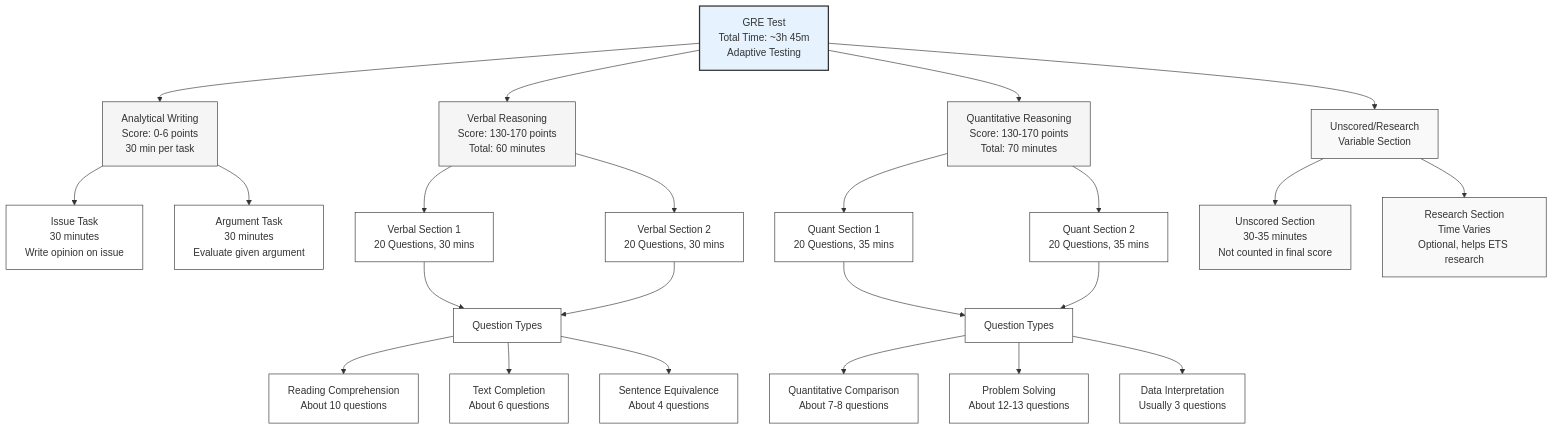
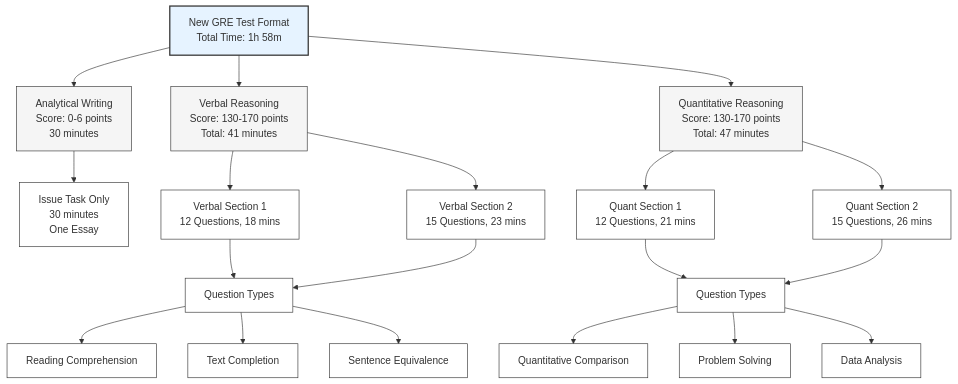
The first of 2 diagrams in README.md (Mukhsin0508/gre-prepping), drawn with Mermaid before and after one commit.

Commit message:
updated test structure and ROI for the exam

````diff
--- a/README.md
+++ b/README.md
@@ -12,38 +12,31 @@
 ```mermaid
 graph TD
-    A[GRE Test<br>Total Time: ~3h 45m<br>Adaptive Testing] --> B[Analytical Writing<br>Score: 0-6 points<br>30 min per task]
-    A --> C[Verbal Reasoning<br>Score: 130-170 points<br>Total: 60 minutes]
-    A --> D[Quantitative Reasoning<br>Score: 130-170 points<br>Total: 70 minutes]
-    A --> E[Unscored/Research<br>Variable Section]
+    A[New GRE Test Format<br>Total Time: 1h 58m] --> B[Analytical Writing<br>Score: 0-6 points<br>30 minutes]
+    A --> C[Verbal Reasoning<br>Score: 130-170 points<br>Total: 41 minutes]
+    A --> D[Quantitative Reasoning<br>Score: 130-170 points<br>Total: 47 minutes]
 
-    B --> F[Issue Task<br>30 minutes<br>Write opinion on issue]
-    B --> G[Argument Task<br>30 minutes<br>Evaluate given argument]
+    B --> F[Issue Task Only<br>30 minutes<br>One Essay]
 
-    C --> H[Verbal Section 1<br>20 Questions, 30 mins]
-    C --> I[Verbal Section 2<br>20 Questions, 30 mins]
+    C --> H[Verbal Section 1<br>12 Questions, 18 mins]
+    C --> I[Verbal Section 2<br>15 Questions, 23 mins]
     
     H & I --> V1[Question Types]
-    V1 --> V2[Reading Comprehension<br>About 10 questions]
-    V1 --> V3[Text Completion<br>About 6 questions]
-    V1 --> V4[Sentence Equivalence<br>About 4 questions]
+    V1 --> V2[Reading Comprehension]
+    V1 --> V3[Text Completion]
+    V1 --> V4[Sentence Equivalence]
 
-    D --> J[Quant Section 1<br>20 Questions, 35 mins]
-    D --> K[Quant Section 2<br>20 Questions, 35 mins]
+    D --> J[Quant Section 1<br>12 Questions, 21 mins]
+    D --> K[Quant Section 2<br>15 Questions, 26 mins]
     
     J & K --> Q1[Question Types]
-    Q1 --> Q2[Quantitative Comparison<br>About 7-8 questions]
-    Q1 --> Q3[Problem Solving<br>About 12-13 questions]
-    Q1 --> Q4[Data Interpretation<br>Usually 3 questions]
-
-    E --> L[Unscored Section<br>30-35 minutes<br>Not counted in final score]
-    E --> M[Research Section<br>Time Varies<br>Optional, helps ETS research]
+    Q1 --> Q2[Quantitative Comparison]
+    Q1 --> Q3[Problem Solving]
+    Q1 --> Q4[Data Analysis]
 
     classDef default fill:#fff,stroke:#333,stroke-width:1px
     classDef main fill:#e6f3ff,stroke:#333,stroke-width:2px
     classDef section fill:#f5f5f5,stroke:#333,stroke-width:1px
-    classDef unscored fill:#f9f9f9,stroke:#333,stroke-width:1px
 
     class A main
     class B,C,D section
-    class E,L,M unscored
 ```
````
